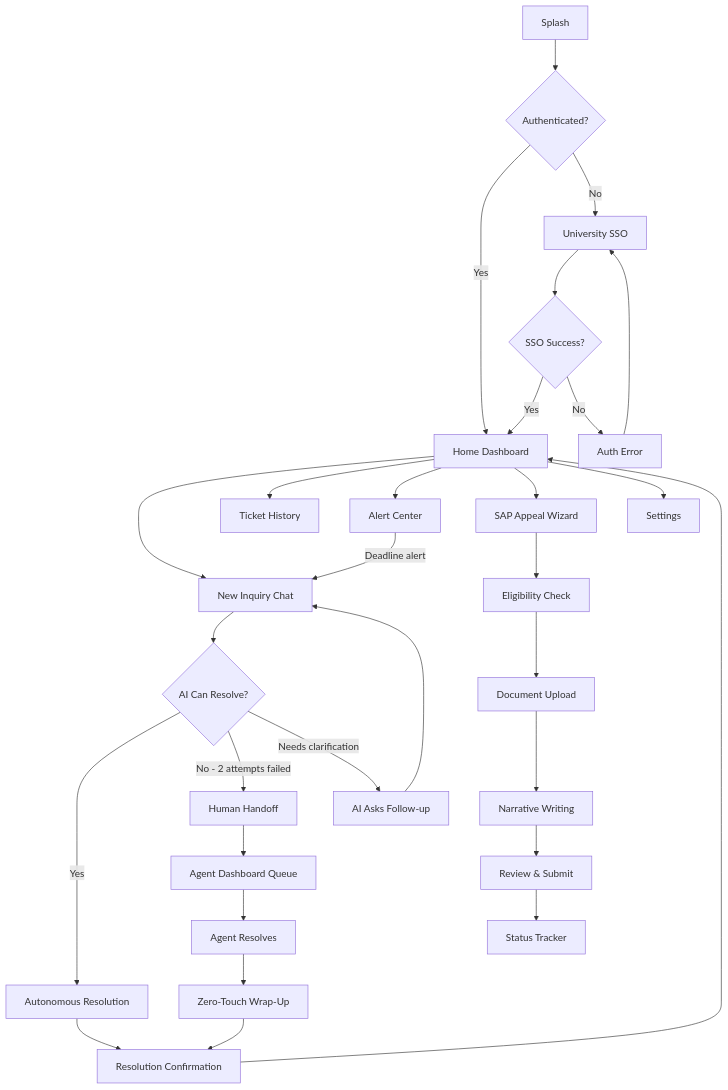
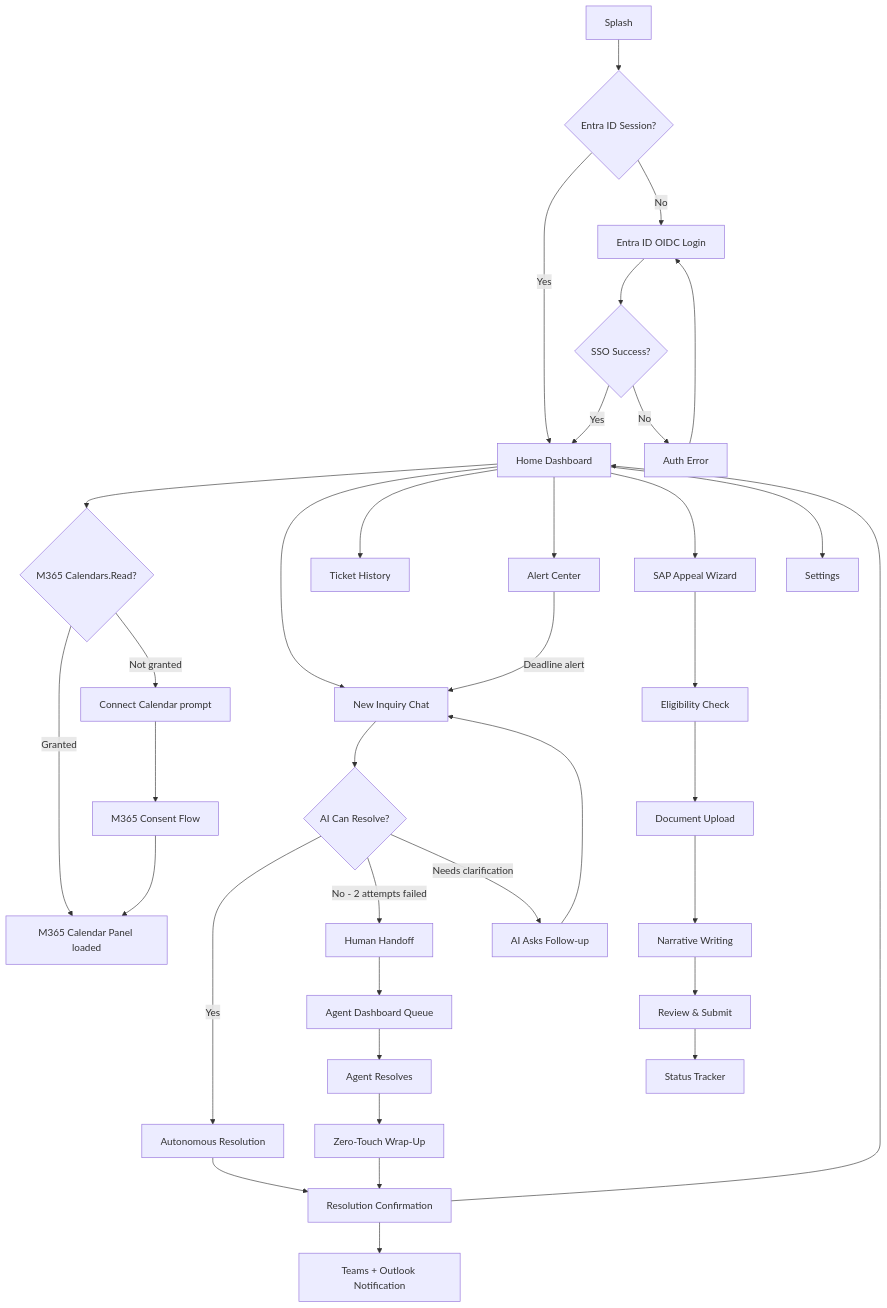
The diagram in docs/prd-archon.md (Axon-Enjin/archon), drawn with Mermaid before and after one commit. The commit also changed other lines of this file and 15 other files, not shown here.

Commit message:
refactor: update documentation to reflect updated architecture and features

````diff
--- a/docs/prd-archon.md
+++ b/docs/prd-archon.md
@@ -139,35 +150,42 @@
 ```mermaid
 flowchart TD
-    Splash --> Auth{Authenticated?}
+    Splash --> Auth{Entra ID Session?}
     Auth -->|Yes| Home[Home Dashboard]
-    Auth -->|No| SSO[University SSO]
+    Auth -->|No| SSO[Entra ID OIDC Login]
     SSO --> AuthResult{SSO Success?}
     AuthResult -->|Yes| Home
     AuthResult -->|No| AuthError[Auth Error] --> SSO
+
+    Home --> CalendarLoad{M365 Calendars.Read?}
+    CalendarLoad -->|Granted| CalPanel[M365 Calendar Panel loaded]
+    CalendarLoad -->|Not granted| CalPrompt[Connect Calendar prompt]
+    CalPrompt --> ConsentFlow[M365 Consent Flow]
+    ConsentFlow --> CalPanel
 
     Home --> Chat[New Inquiry Chat]
     Home --> History[Ticket History]
     Home --> Alerts[Alert Center]
     Home --> SAP[SAP Appeal Wizard]
     Home --> Settings[Settings]
 
     Chat --> AIProcess{AI Can Resolve?}
     AIProcess -->|Yes| AutoResolve[Autonomous Resolution]
     AIProcess -->|No - 2 attempts failed| Handoff[Human Handoff]
     AIProcess -->|Needs clarification| Clarify[AI Asks Follow-up] --> Chat
 
     AutoResolve --> Confirm[Resolution Confirmation]
+    Confirm --> M365Notify[Teams + Outlook Notification]
     Handoff --> AgentQueue[Agent Dashboard Queue]
     AgentQueue --> AgentResolve[Agent Resolves]
     AgentResolve --> WrapUp[Zero-Touch Wrap-Up]
     WrapUp --> Confirm
 
     Confirm --> Home
 
     Alerts -->|Deadline alert| Chat
     SAP --> SAPStep1[Eligibility Check]
     SAPStep1 --> SAPStep2[Document Upload]
     SAPStep2 --> SAPStep3[Narrative Writing]
     SAPStep3 --> SAPStep4[Review & Submit]
     SAPStep4 --> SAPStatus[Status Tracker]
 ```
````
